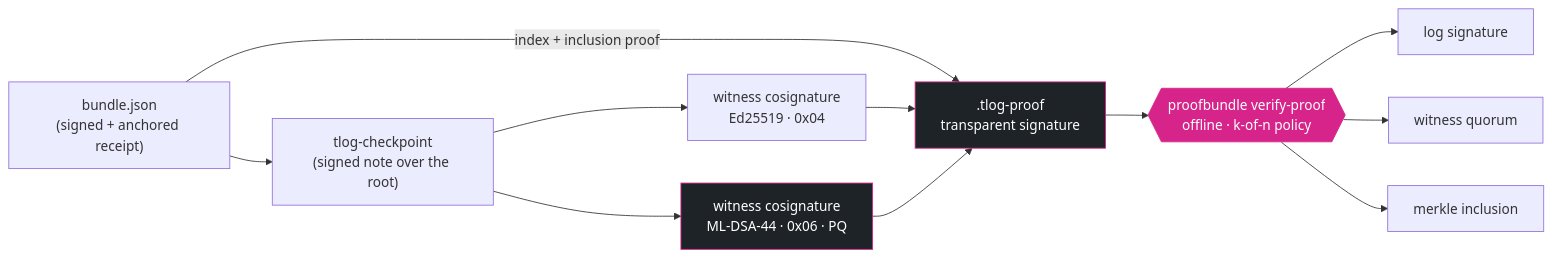
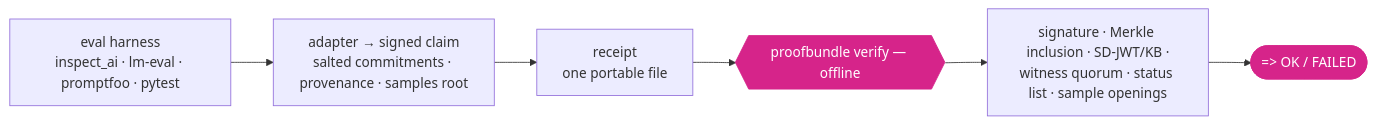
One commit to b7n0de/proofbundle changed the diagram in README.md. Above: the diagram before and after it, drawn with Mermaid. The commit also changed other lines of this file and 12 other files, not shown here.

````diff
--- a/README.md
+++ b/README.md
@@ -315,17 +65,10 @@
 ```mermaid
 flowchart LR
-    B["bundle.json<br/>(signed + anchored receipt)"] --> CK["tlog-checkpoint<br/>(signed note over the root)"]
-    CK --> W1["witness cosignature<br/>Ed25519 · 0x04"]
-    CK --> W2["witness cosignature<br/>ML-DSA-44 · 0x06 · PQ"]
-    B -->|"index + inclusion proof"| TP[".tlog-proof<br/>transparent signature"]
-    W1 --> TP
-    W2 --> TP
-    TP --> V{{"proofbundle verify-proof<br/>offline · k-of-n policy"}}
-    V --> R1["log signature"]
-    V --> R2["witness quorum"]
-    V --> R3["merkle inclusion"]
-
+    H["eval harness<br/>inspect_ai · lm-eval · promptfoo · pytest"] --> A["adapter → signed claim<br/>salted commitments · provenance · samples root"]
+    A --> R["receipt<br/>one portable file"]
+    R --> V{{"proofbundle verify — offline"}}
+    V --> C["signature · Merkle inclusion · SD-JWT/KB ·<br/>witness quorum · status list · sample openings"]
+    C --> OK(["=> OK / FAILED"])
     style V fill:#D6248A,stroke:#D6248A,color:#fff
-    style W2 fill:#1e2327,stroke:#D6248A,color:#fff
-    style TP fill:#1e2327,stroke:#D6248A,color:#fff
+    style OK fill:#D6248A,stroke:#D6248A,color:#fff
 ```
````
